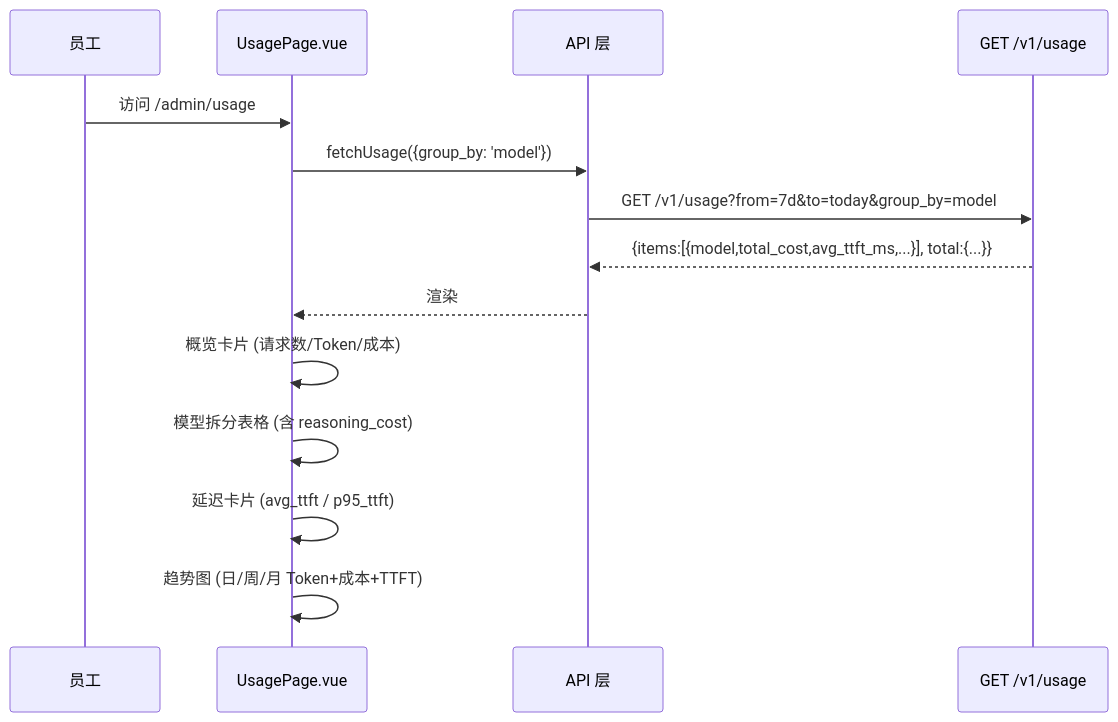
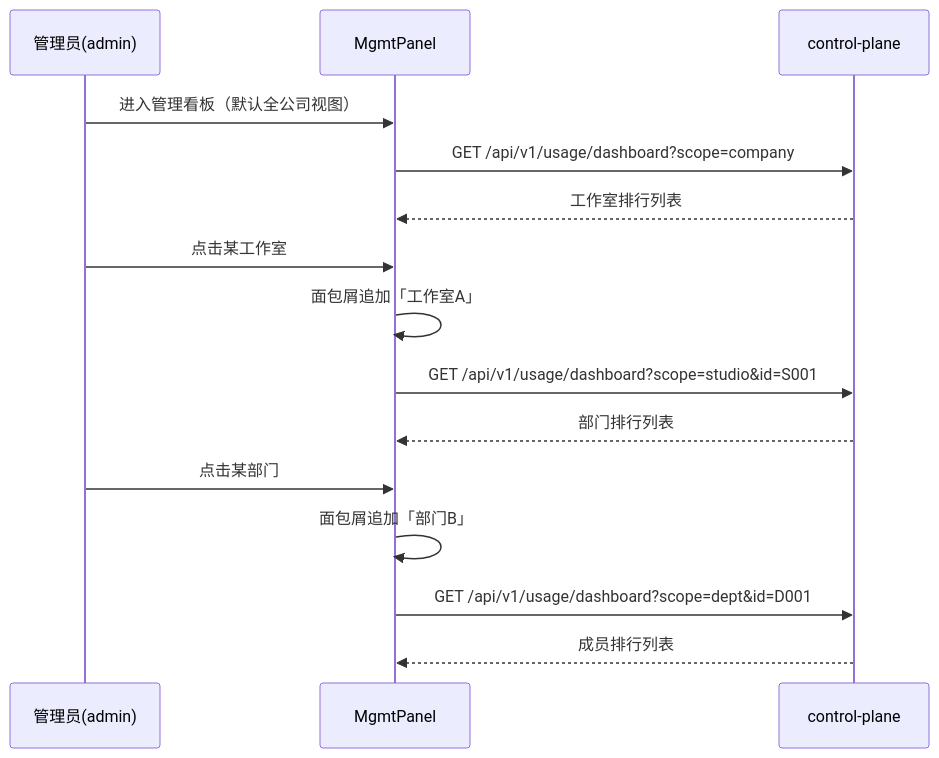
One commit to achieve-jsy/llm-gateway changed the fifth of 5 diagrams in xspec/changes/ops-console/hld.delta.md. Above: the diagram before and after it, drawn with Mermaid. The commit also changed other lines of this file and 131 other files, not shown here.

````diff
--- a/xspec/changes/ops-console/hld.delta.md
+++ b/xspec/changes/ops-console/hld.delta.md
@@ -37,18 +108,18 @@
 ```mermaid
 sequenceDiagram
-    participant User as 员工
-    participant Page as UsagePage.vue
-    participant API as API 层
-    participant OBS as GET /v1/usage
-    
-    User->>Page: 访问 /admin/usage
-    Page->>API: fetchUsage({group_by: 'model'})
-    API->>OBS: GET /v1/usage?from=7d&to=today&group_by=model
-    OBS-->>API: {items:[{model,total_cost,avg_ttft_ms,...}], total:{...}}
-    API-->>Page: 渲染
-    
-    Page->>Page: 概览卡片 (请求数/Token/成本)
-    Page->>Page: 模型拆分表格 (含 reasoning_cost)
-    Page->>Page: 延迟卡片 (avg_ttft / p95_ttft)
-    Page->>Page: 趋势图 (日/周/月 Token+成本+TTFT)
+    participant Admin as 管理员(admin)
+    participant MgmtPanel as MgmtPanel
+    participant CP as control-plane
+
+    Admin->>MgmtPanel: 进入管理看板（默认全公司视图）
+    MgmtPanel->>CP: GET /api/v1/usage/dashboard?scope=company
+    CP-->>MgmtPanel: 工作室排行列表
+    Admin->>MgmtPanel: 点击某工作室
+    MgmtPanel->>MgmtPanel: 面包屑追加「工作室A」
+    MgmtPanel->>CP: GET /api/v1/usage/dashboard?scope=studio&id=S001
+    CP-->>MgmtPanel: 部门排行列表
+    Admin->>MgmtPanel: 点击某部门
+    MgmtPanel->>MgmtPanel: 面包屑追加「部门B」
+    MgmtPanel->>CP: GET /api/v1/usage/dashboard?scope=dept&id=D001
+    CP-->>MgmtPanel: 成员排行列表
 ```
````
